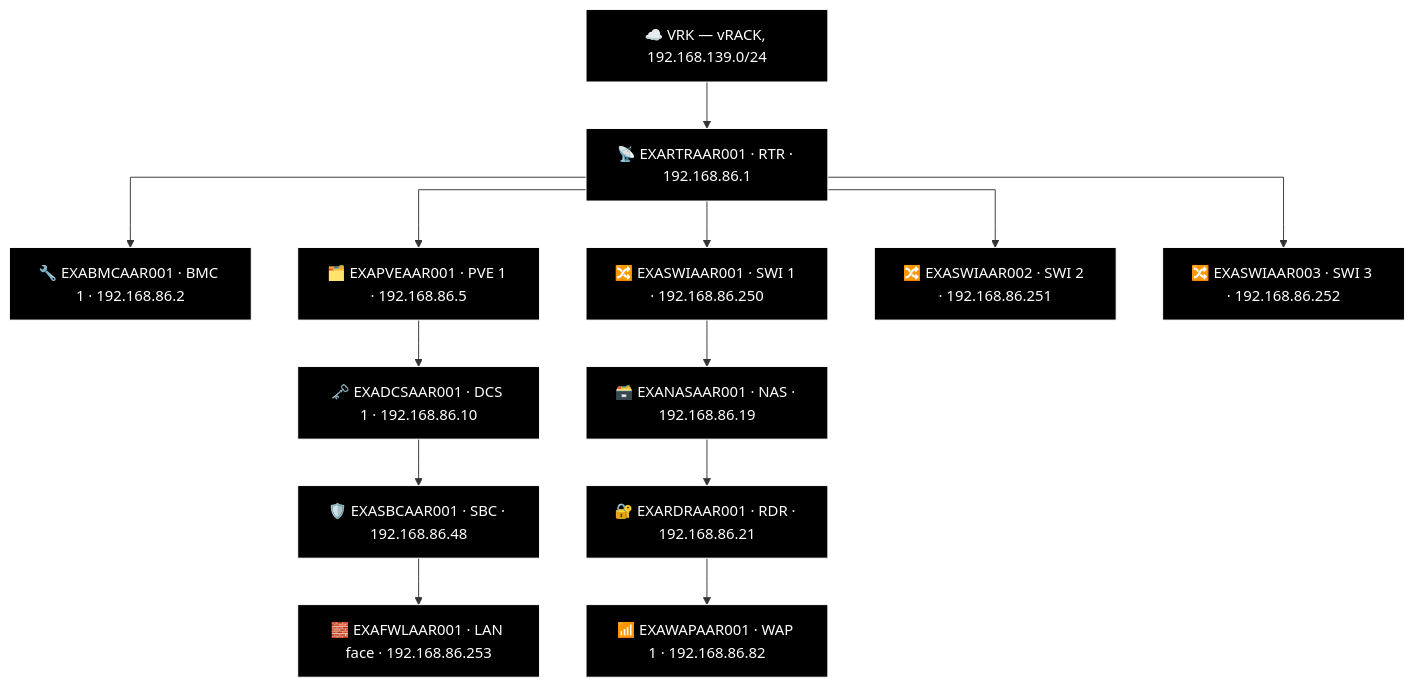
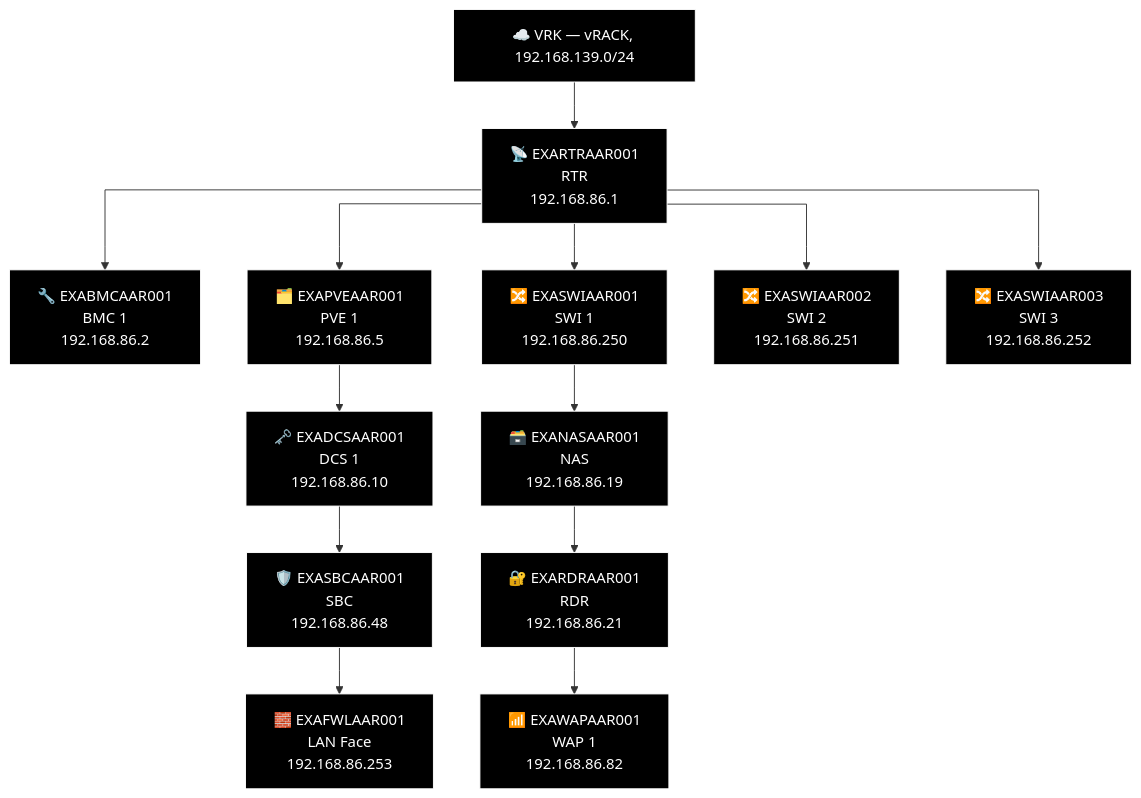
One commit to knightmare2600/example_music_infra changed diagram 12 of 18 in docs/network-diagram/danmark.md. Above: the diagram before and after it, drawn with Mermaid. The commit also changed other lines of this file and 18 other files, not shown here.

````diff
--- a/docs/network-diagram/danmark.md
+++ b/docs/network-diagram/danmark.md
@@ -462,40 +462,40 @@
 ```mermaid
 %% GENERATED:TOPOLOGY:AAR:START
 %%{init: {'flowchart': {'curve': 'stepAfter'}}}%%
 graph TD
     T_VRK["☁️ VRK — vRACK, 192.168.139.0/24"]
-    T_RTR["📡 EXARTRAAR001 · RTR · 192.168.86.1"]
+    T_RTR["📡 EXARTRAAR001<br/>RTR<br/>192.168.86.1"]
     T_VRK --> T_RTR
-    T_BMC["🔧 EXABMCAAR001 · BMC 1 · 192.168.86.2"]
+    T_BMC["🔧 EXABMCAAR001<br/>BMC 1<br/>192.168.86.2"]
     T_RTR --> T_BMC
-    T_PVE["🗂️ EXAPVEAAR001 · PVE 1 · 192.168.86.5"]
+    T_PVE["🗂️ EXAPVEAAR001<br/>PVE 1<br/>192.168.86.5"]
     T_RTR --> T_PVE
-    T_SWI["🔀 EXASWIAAR001 · SWI 1 · 192.168.86.250"]
+    T_SWI["🔀 EXASWIAAR001<br/>SWI 1<br/>192.168.86.250"]
     T_RTR --> T_SWI
-    T_SWI2["🔀 EXASWIAAR002 · SWI 2 · 192.168.86.251"]
+    T_SWI2["🔀 EXASWIAAR002<br/>SWI 2<br/>192.168.86.251"]
     T_RTR --> T_SWI2
-    T_SWI3["🔀 EXASWIAAR003 · SWI 3 · 192.168.86.252"]
+    T_SWI3["🔀 EXASWIAAR003<br/>SWI 3<br/>192.168.86.252"]
     T_RTR --> T_SWI3
-    T_NAS["🗃️ EXANASAAR001 · NAS · 192.168.86.19"]
-    T_RDR["🔐 EXARDRAAR001 · RDR · 192.168.86.21"]
-    T_WAP["📶 EXAWAPAAR001 · WAP 1 · 192.168.86.82"]
+    T_NAS["🗃️ EXANASAAR001<br/>NAS<br/>192.168.86.19"]
+    T_RDR["🔐 EXARDRAAR001<br/>RDR<br/>192.168.86.21"]
+    T_WAP["📶 EXAWAPAAR001<br/>WAP 1<br/>192.168.86.82"]
     T_SWI --> T_NAS --> T_RDR --> T_WAP
-    T_DCS["🗝️ EXADCSAAR001 · DCS 1 · 192.168.86.10"]
-    T_SBC["🛡️ EXASBCAAR001 · SBC · 192.168.86.48"]
-    T_FWL["🧱 EXAFWLAAR001 · LAN face · 192.168.86.253"]
+    T_DCS["🗝️ EXADCSAAR001<br/>DCS 1<br/>192.168.86.10"]
+    T_SBC["🛡️ EXASBCAAR001<br/>SBC<br/>192.168.86.48"]
+    T_FWL["🧱 EXAFWLAAR001<br/>LAN Face<br/>192.168.86.253"]
     T_PVE --> T_DCS --> T_SBC --> T_FWL
     style T_VRK fill:#000000,stroke:#FFFFFF,color:#FFFFFF
     style T_RTR fill:#000000,stroke:#FFFFFF,color:#FFFFFF
     style T_BMC fill:#000000,stroke:#FFFFFF,color:#FFFFFF
     style T_PVE fill:#000000,stroke:#FFFFFF,color:#FFFFFF
     style T_SWI fill:#000000,stroke:#FFFFFF,color:#FFFFFF
     style T_SWI2 fill:#000000,stroke:#FFFFFF,color:#FFFFFF
     style T_SWI3 fill:#000000,stroke:#FFFFFF,color:#FFFFFF
     style T_NAS fill:#000000,stroke:#FFFFFF,color:#FFFFFF
     style T_RDR fill:#000000,stroke:#FFFFFF,color:#FFFFFF
     style T_WAP fill:#000000,stroke:#FFFFFF,color:#FFFFFF
     style T_DCS fill:#000000,stroke:#FFFFFF,color:#FFFFFF
     style T_SBC fill:#000000,stroke:#FFFFFF,color:#FFFFFF
     style T_FWL fill:#000000,stroke:#FFFFFF,color:#FFFFFF
 %% GENERATED:TOPOLOGY:AAR:END
 ```
````
